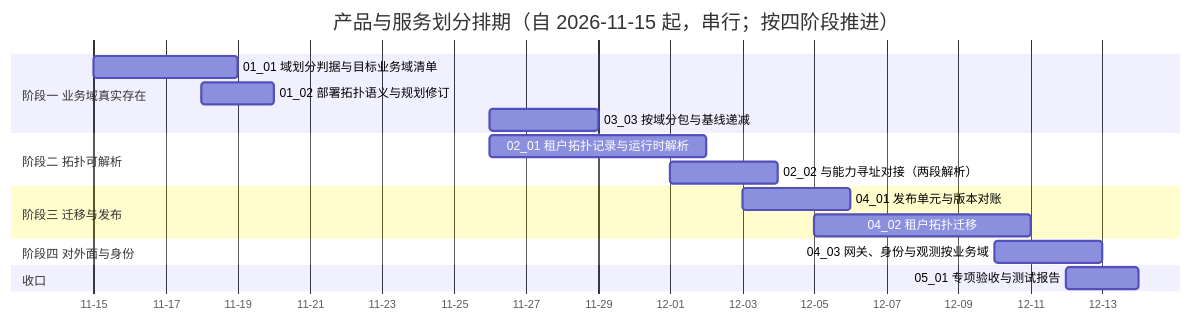
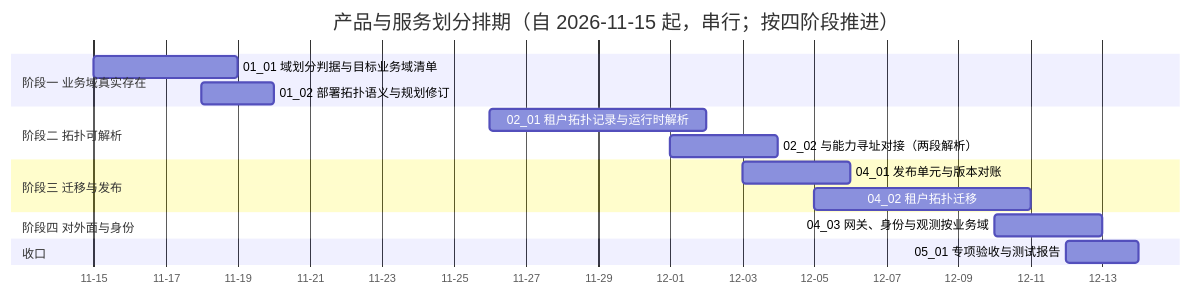
One commit to minjian123/basic-management-system changed the diagram in bms文档/项目/07C_产品与服务划分/计划/01_计划_产品与服务划分.md. Above: the diagram before and after it, drawn with Mermaid. The commit also changed other lines of this file and 6 other files, not shown here.

````diff
--- a/bms文档/项目/07C_产品与服务划分/计划/01_计划_产品与服务划分.md
+++ b/bms文档/项目/07C_产品与服务划分/计划/01_计划_产品与服务划分.md
@@ -46,20 +46,19 @@
 ```mermaid
 gantt
     title 产品与服务划分排期（自 2026-11-15 起，串行；按四阶段推进）
     dateFormat  YYYY-MM-DD
     axisFormat %m-%d
     section 阶段一 业务域真实存在
     01_01 域划分判据与目标业务域清单 :c0101, 2026-11-15, 4d
     01_02 部署拓扑语义与规划修订 :c0102, 2026-11-18, 2d
-    03_03 按域分包与基线递减 :c0303, 2026-11-26, 3d
     section 阶段二 拓扑可解析
     02_01 租户拓扑记录与运行时解析 :c0201, 2026-11-26, 6d
     02_02 与能力寻址对接（两段解析） :c0202, 2026-12-01, 3d
     section 阶段三 迁移与发布
     04_01 发布单元与版本对账 :c0401, 2026-12-03, 3d
     04_02 租户拓扑迁移 :c0402, 2026-12-05, 6d
     section 阶段四 对外面与身份
     04_03 网关、身份与观测按业务域 :c0403, 2026-12-10, 3d
     section 收口
     05_01 专项验收与测试报告 :c0501, 2026-12-12, 2d
 ```
````
